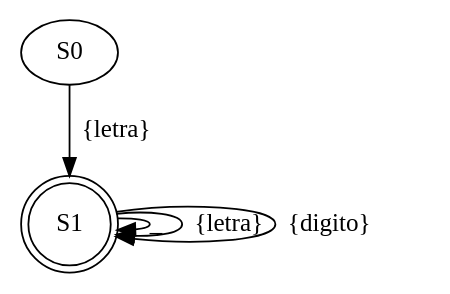
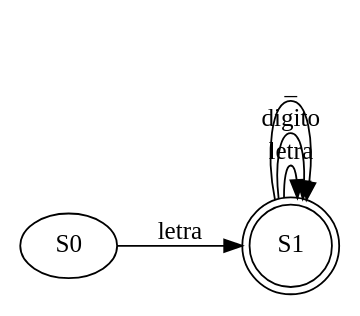
Before and after one commit to JeffMendez/OCL_Proyecto1_201901557: the diagram in Regexive/archivos/AFD_201901557/ExpReg1.dot, drawn with Graphviz. The commit also changed 78 other files, not shown here.

```diff
--- a/Regexive/archivos/AFD_201901557/ExpReg1.dot
+++ b/Regexive/archivos/AFD_201901557/ExpReg1.dot
@@ -1,3 +1,4 @@
 digraph G {
-	S0 -> S1 [label="{letra}"]	S1 [shape="doublecircle"]	S1 -> S1 [label="_"]	S1 -> S1 [label="{letra}"]	S1 -> S1 [label="{digito}"]
+	rankdir=LR
+	S0 -> S1 [label="letra"]	S1 [shape="doublecircle"]	S1 -> S1 [label="letra"]	S1 -> S1 [label="digito"]	S1 -> S1 [label="_"]
 }
```
